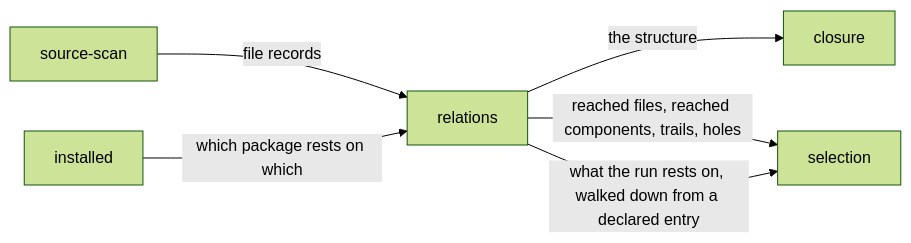
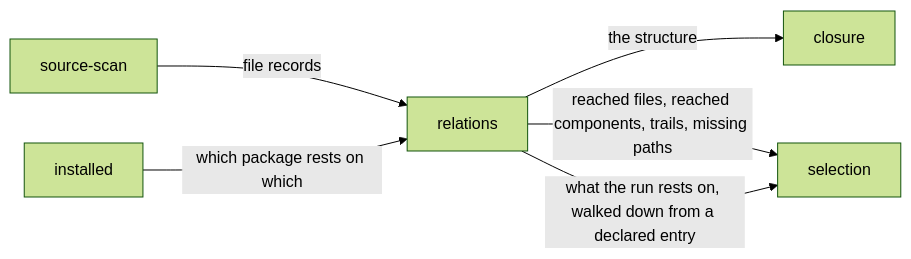
The diagram in .compass/variance-authority/reach/relations/README.md (Variance-Authority/variance-authority), drawn with Mermaid (forest theme) before and after one commit. The commit also changed other lines of this file and 7 other files, not shown here.

````diff
--- a/.compass/variance-authority/reach/relations/README.md
+++ b/.compass/variance-authority/reach/relations/README.md
@@ -92,8 +98,8 @@
 ```mermaid
 flowchart LR
   SCAN[source-scan] -->|file records| REL[relations]
   INS[installed] -->|which package rests on which| REL
   REL -->|the structure| CLO[closure]
-  REL -->|reached files, reached components, trails, holes| SEL[selection]
+  REL -->|reached files, reached components, trails, missing paths| SEL[selection]
   REL -->|what the run rests on, walked down from a declared entry| SEL
 ```
````
